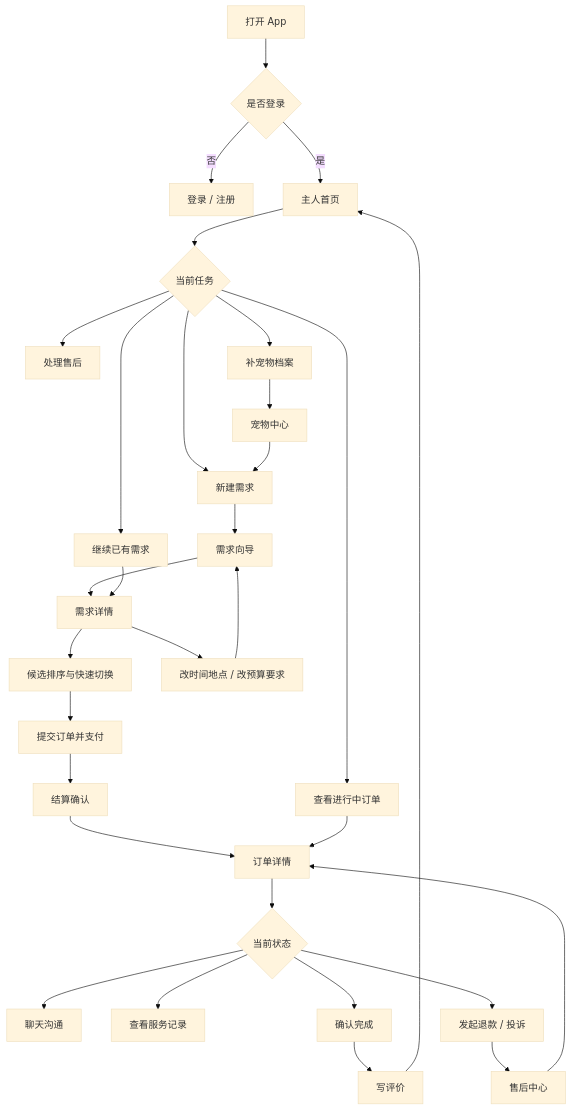
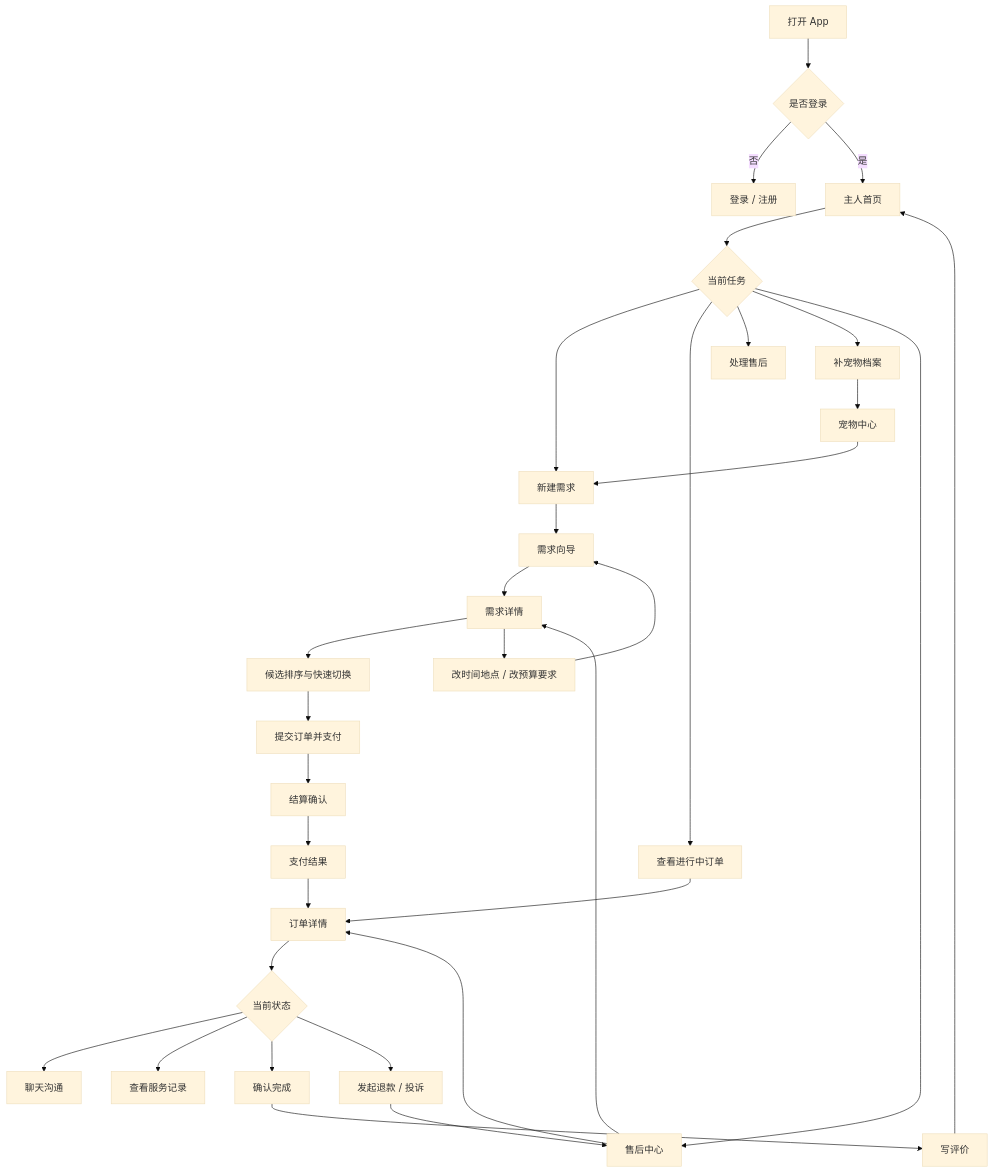
Before and after one commit to pqcqaq/PetPal: the first of 8 diagrams in apps/docs/project/PetPal-Frontend-Blueprint.md, drawn with Mermaid (base theme). The commit also changed other lines of this file and 8 other files, not shown here.

````diff
--- a/apps/docs/project/PetPal-Frontend-Blueprint.md
+++ b/apps/docs/project/PetPal-Frontend-Blueprint.md
@@ -86,33 +86,34 @@
 ```mermaid
 flowchart TD
     A[打开 App] --> B{是否登录}
     B -- 否 --> C[登录 / 注册]
     B -- 是 --> D[主人首页]
     D --> E{当前任务}
     E --> F[新建需求]
     E --> G[查看进行中订单]
     E --> H[处理售后]
     E --> I[补宠物档案]
     E --> W[继续已有需求]
     I --> J[宠物中心]
     J --> F
     F --> K[需求向导]
     K --> X[需求详情]
     W --> X
     X --> L[候选排序与快速切换]
     L --> M[提交订单并支付]
     X --> Y[改时间地点 / 改预算要求]
     Y --> K
     M --> N[结算确认]
-    N --> O[订单详情]
-    G --> O
-    O --> P{当前状态}
-    P --> Q[聊天沟通]
-    P --> R[查看服务记录]
-    P --> S[确认完成]
-    P --> T[发起退款 / 投诉]
-    S --> U[写评价]
-    T --> V[售后中心]
-    U --> D
-    V --> O
+    N --> O[支付结果]
+    O --> P[订单详情]
+    G --> P
+    P --> Q{当前状态}
+    Q --> R[聊天沟通]
+    Q --> S[查看服务记录]
+    Q --> T[确认完成]
+    Q --> U[发起退款 / 投诉]
+    T --> V[写评价]
+    U --> W[售后中心]
+    V --> D
+    W --> P
 ```
````
